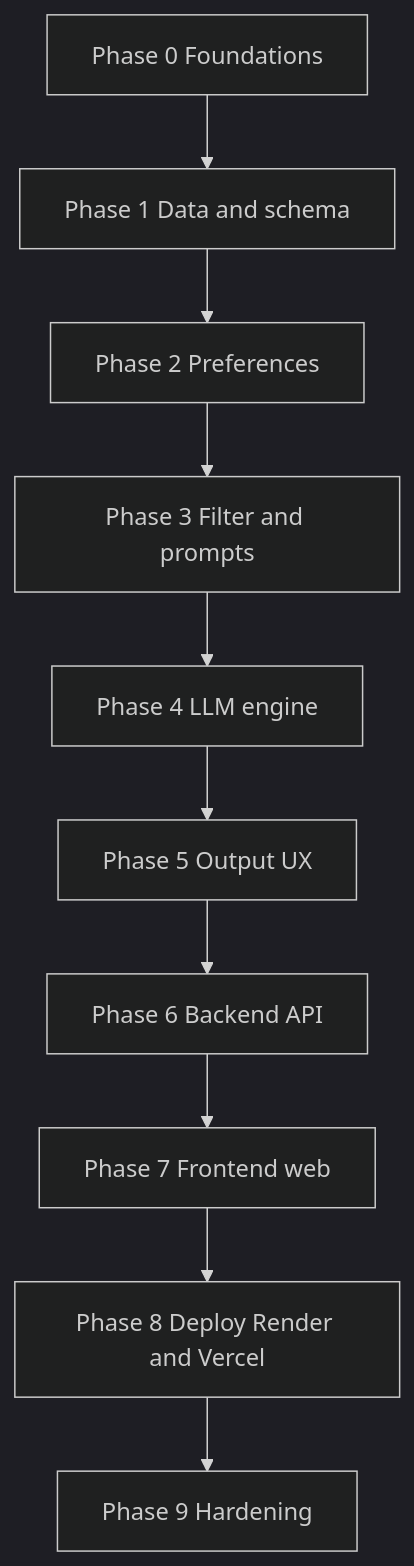
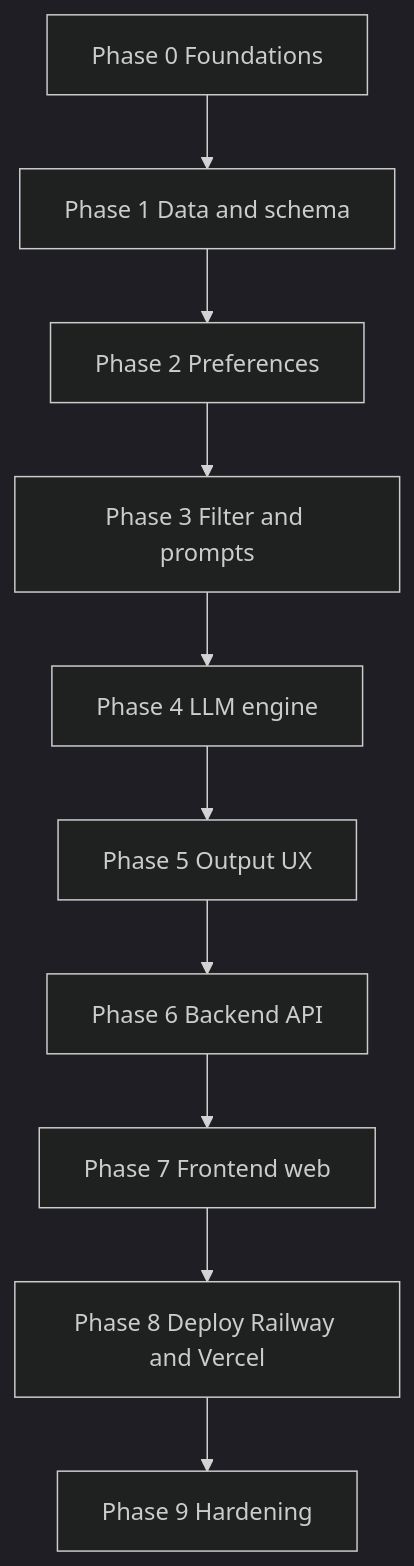
Before and after one commit to saksham20189575/m1-zomato: the second of 4 diagrams in docs/phased-architecture.md, drawn with Mermaid (dark theme). The commit also changed other lines of this file and 10 other files, not shown here.

````diff
--- a/docs/phased-architecture.md
+++ b/docs/phased-architecture.md
@@ -179,17 +179,17 @@
 ```mermaid
 flowchart TD
   P0[Phase 0 Foundations]
   P1[Phase 1 Data and schema]
   P2[Phase 2 Preferences]
   P3[Phase 3 Filter and prompts]
   P4[Phase 4 LLM engine]
   P5[Phase 5 Output UX]
   P6[Phase 6 Backend API]
   P7[Phase 7 Frontend web]
-  P8[Phase 8 Deploy Render and Vercel]
+  P8[Phase 8 Deploy Railway and Vercel]
   P9[Phase 9 Hardening]
   P0 --> P1 --> P2 --> P3 --> P4 --> P5 --> P6
   P6 --> P7
   P7 --> P8
   P8 --> P9
 ```
````
